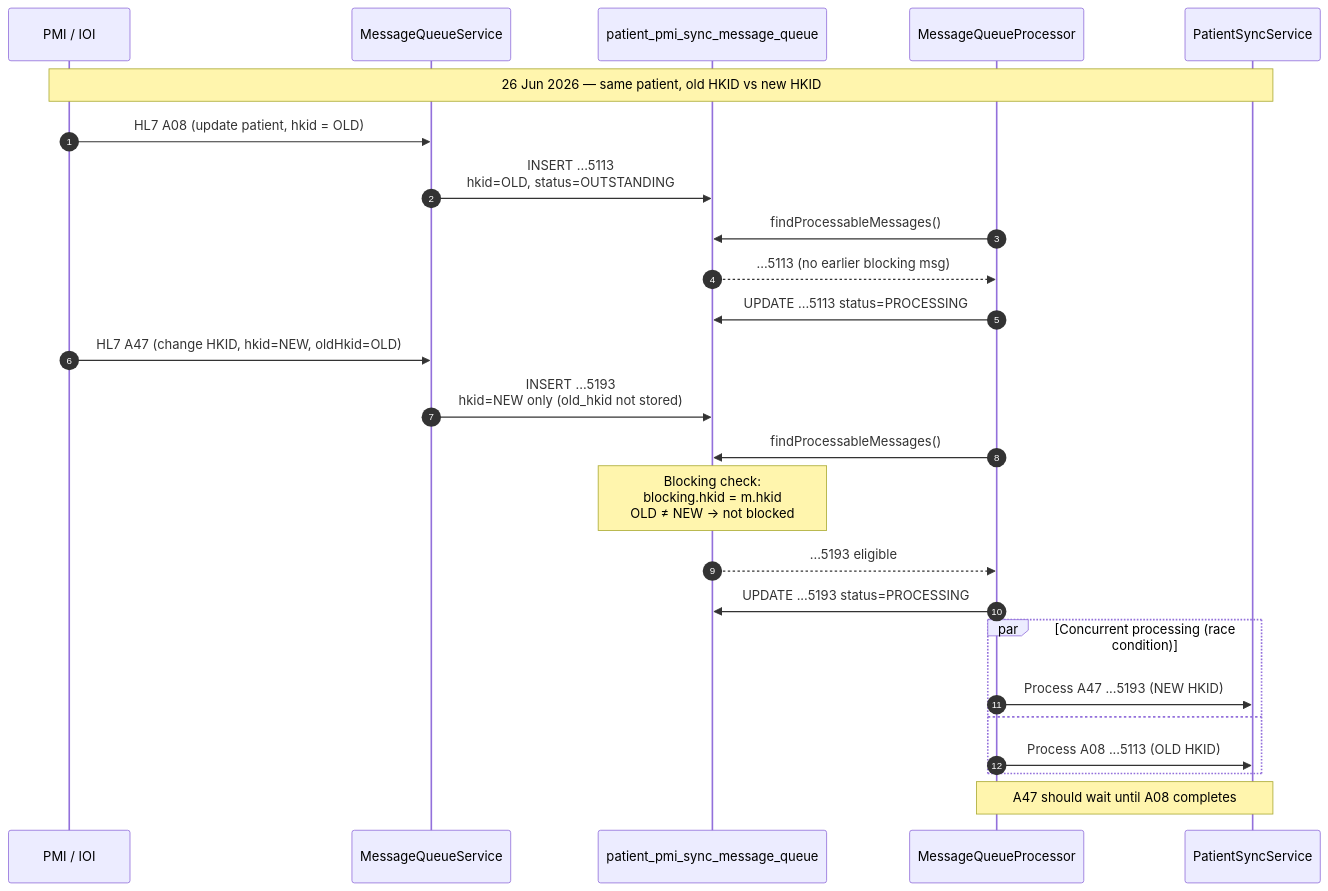
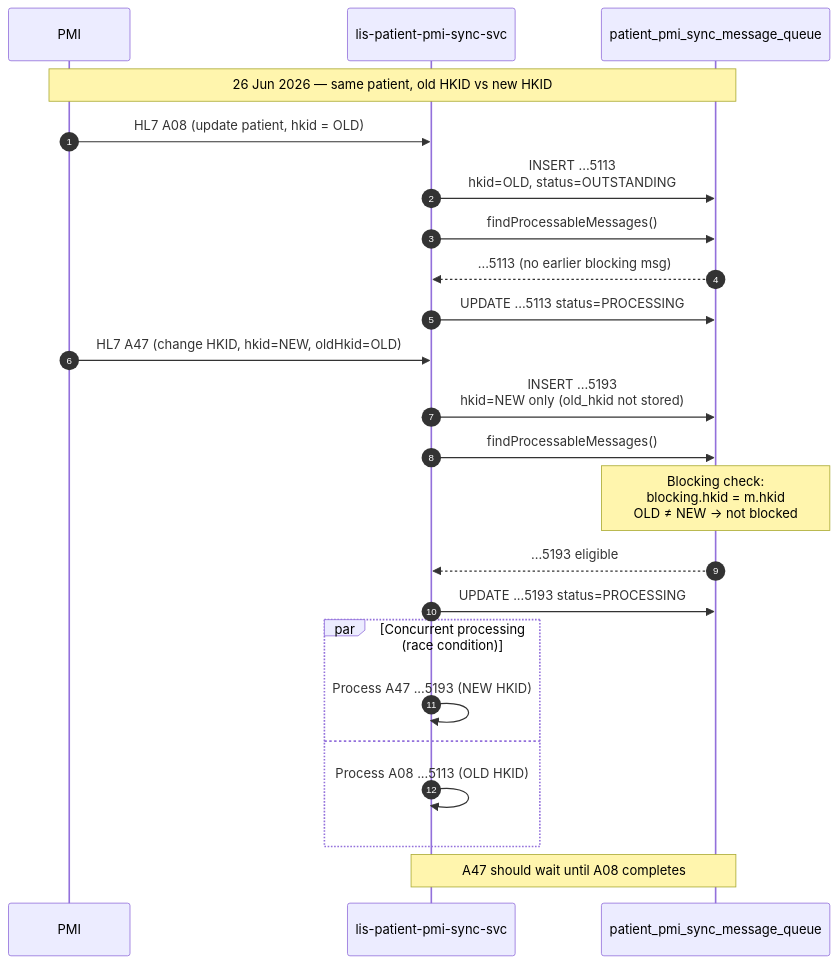
One commit to DragonChong/HA-Notes changed the diagram in LIS/JIRA/Fix Message Queue Old HKID Blocking in lis-patient-pmi-sync-svc.md. Above: the diagram before and after it, drawn with Mermaid.

Commit message:
vault backup: 2026-07-03 17:03:12

````diff
--- a/LIS/JIRA/Fix Message Queue Old HKID Blocking in lis-patient-pmi-sync-svc.md
+++ b/LIS/JIRA/Fix Message Queue Old HKID Blocking in lis-patient-pmi-sync-svc.md
@@ -38,34 +38,32 @@
 ```mermaid
 sequenceDiagram
     autonumber
-    participant PMI as PMI / IOI
-    participant MQS as MessageQueueService
+    participant PMI as PMI
+    participant SVC as lis-patient-pmi-sync-svc
     participant DB as patient_pmi_sync_message_queue
-    participant MQP as MessageQueueProcessor
-    participant Sync as PatientSyncService
 
-    Note over PMI,Sync: 26 Jun 2026 — same patient, old HKID vs new HKID
+    Note over PMI,DB: 26 Jun 2026 — same patient, old HKID vs new HKID
 
-    PMI->>MQS: HL7 A08 (update patient, hkid = OLD)
-    MQS->>DB: INSERT ...5113<br/>hkid=OLD, status=OUTSTANDING
+    PMI->>SVC: HL7 A08 (update patient, hkid = OLD)
+    SVC->>DB: INSERT ...5113<br/>hkid=OLD, status=OUTSTANDING
 
-    MQP->>DB: findProcessableMessages()
-    DB-->>MQP: ...5113 (no earlier blocking msg)
-    MQP->>DB: UPDATE ...5113 status=PROCESSING
+    SVC->>DB: findProcessableMessages()
+    DB-->>SVC: ...5113 (no earlier blocking msg)
+    SVC->>DB: UPDATE ...5113 status=PROCESSING
 
-    PMI->>MQS: HL7 A47 (change HKID, hkid=NEW, oldHkid=OLD)
-    MQS->>DB: INSERT ...5193<br/>hkid=NEW only (old_hkid not stored)
+    PMI->>SVC: HL7 A47 (change HKID, hkid=NEW, oldHkid=OLD)
+    SVC->>DB: INSERT ...5193<br/>hkid=NEW only (old_hkid not stored)
 
-    MQP->>DB: findProcessableMessages()
+    SVC->>DB: findProcessableMessages()
     Note over DB: Blocking check:<br/>blocking.hkid = m.hkid<br/>OLD ≠ NEW → not blocked
-    DB-->>MQP: ...5193 eligible
-    MQP->>DB: UPDATE ...5193 status=PROCESSING
+    DB-->>SVC: ...5193 eligible
+    SVC->>DB: UPDATE ...5193 status=PROCESSING
 
     par Concurrent processing (race condition)
-        MQP->>Sync: Process A47 ...5193 (NEW HKID)
+        SVC->>SVC: Process A47 ...5193 (NEW HKID)
     and
-        MQP->>Sync: Process A08 ...5113 (OLD HKID)
+        SVC->>SVC: Process A08 ...5113 (OLD HKID)
     end
 
-    Note over MQP,Sync: A47 should wait until A08 completes
+    Note over SVC,DB: A47 should wait until A08 completes
 ```
````
